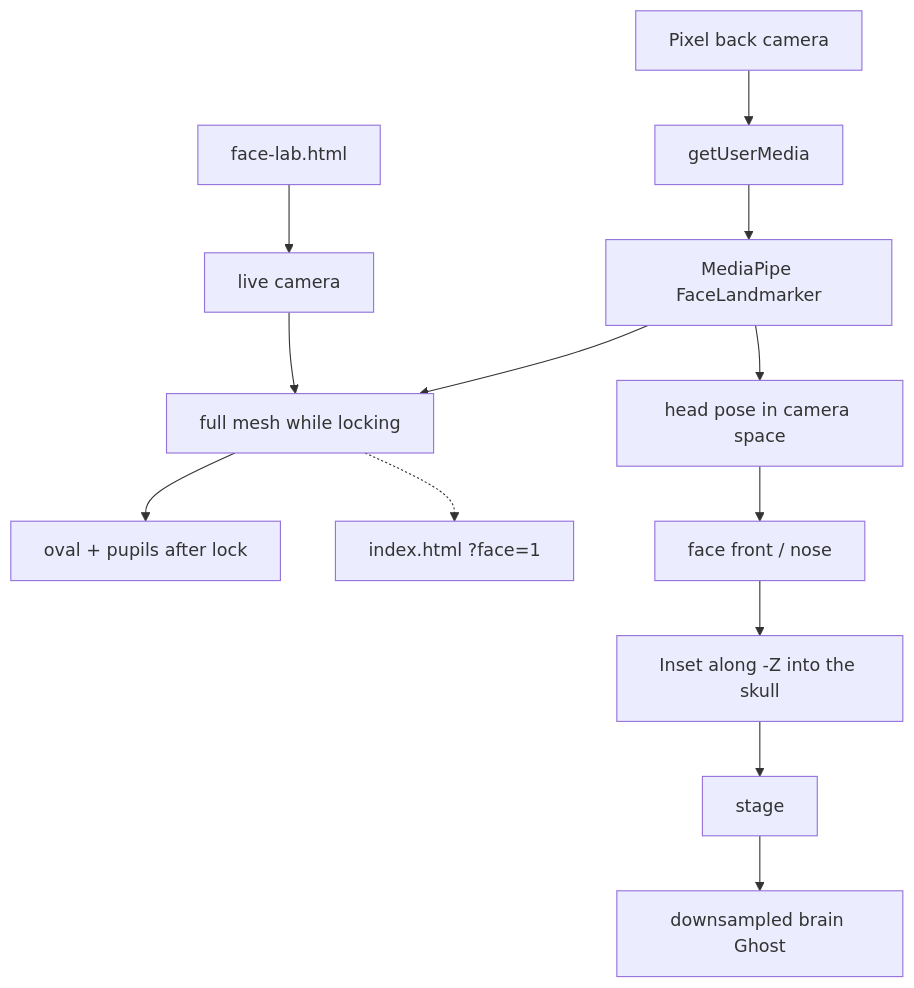
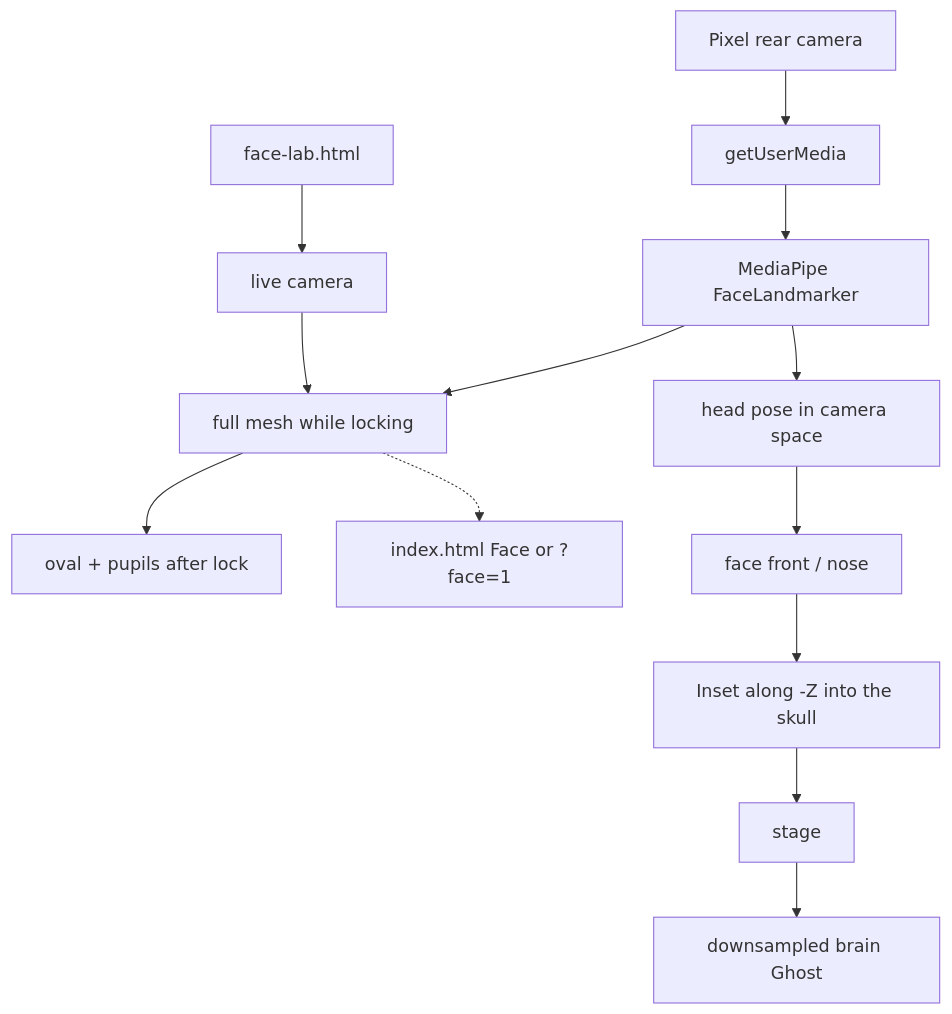
One commit to PiMaV/DONNER changed diagram 37 of 37 in architecture.md. Above: the diagram before and after it, drawn with Mermaid. The commit also changed other lines of this file and 17 other files, not shown here.

````diff
--- a/architecture.md
+++ b/architecture.md
@@ -1366,21 +1383,21 @@
 ```mermaid
 flowchart TB
   lab[face-lab.html]
   video[live camera]
   mesh[full mesh while locking]
   guides[oval + pupils after lock]
-  donner["index.html ?face=1"]
-  phone[Pixel back camera]
+  donner["index.html Face or ?face=1"]
+  phone[Pixel rear camera]
   cam[getUserMedia]
   mp[MediaPipe FaceLandmarker]
   pose[head pose in camera space]
   front[face front / nose]
   inset[Inset along -Z into the skull]
   stage[stage]
   brain[downsampled brain Ghost]
   lab --> video --> mesh
   mesh -.-> donner
   phone --> cam --> mp
   mp --> pose --> front --> inset --> stage --> brain
   mp --> mesh --> guides
 ```
````
